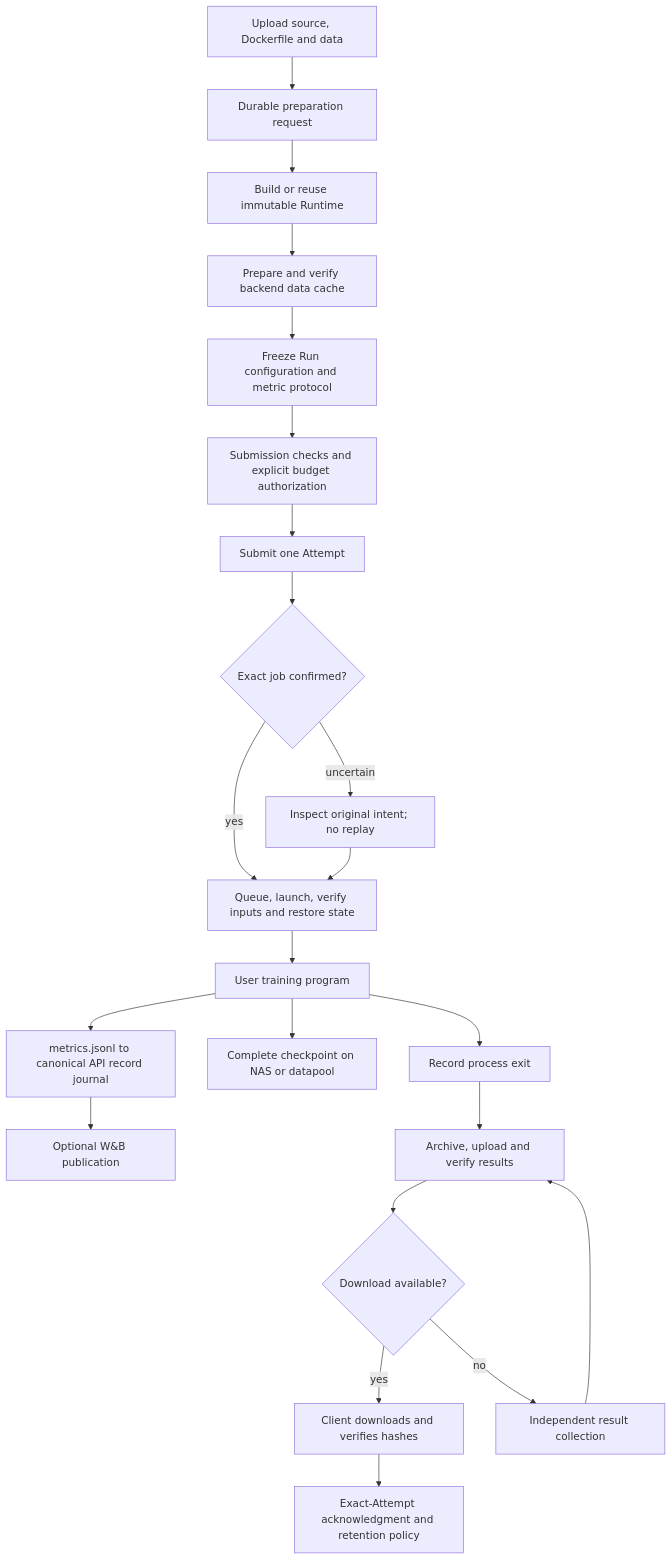
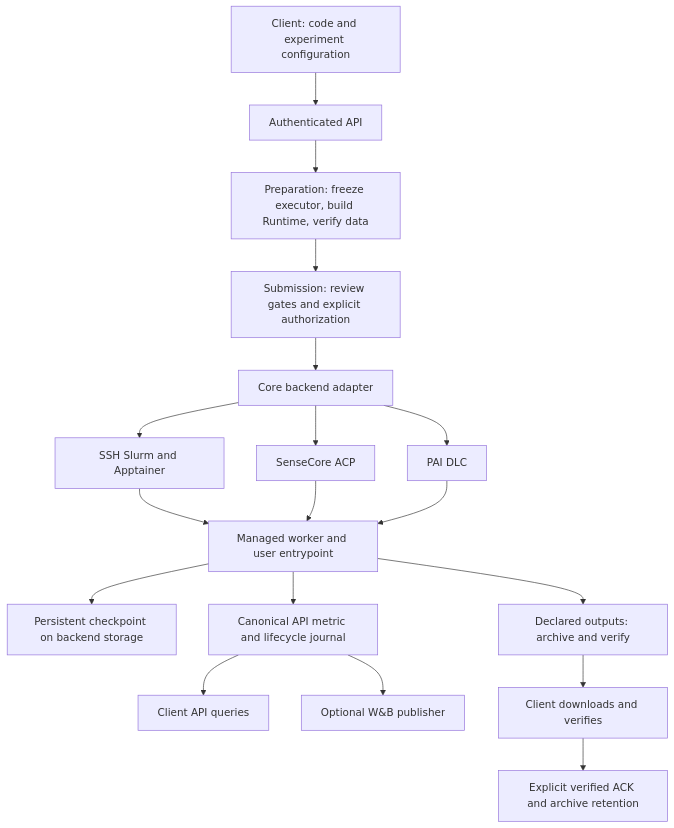
One commit to NotDesigned/ml-experiment-control changed the diagram in docs/architecture.md. Above: the diagram before and after it, drawn with Mermaid. The commit also changed other lines of this file and 33 other files, not shown here.

````diff
--- a/docs/architecture.md
+++ b/docs/architecture.md
@@ -287,24 +26,20 @@
 ```mermaid
 flowchart TD
-    Upload[Upload source, Dockerfile and data] --> Prepare[Durable preparation request]
-    Prepare --> Image[Build or reuse immutable Runtime]
-    Image --> Data[Prepare and verify backend data cache]
-    Data --> Run[Freeze Run configuration and metric protocol]
-    Run --> Review[Submission checks and explicit budget authorization]
-    Review --> Submit[Submit one Attempt]
-    Submit --> Certain{Exact job confirmed?}
-    Certain -->|yes| Worker[Queue, launch, verify inputs and restore state]
-    Certain -->|uncertain| Reconcile[Inspect original intent; no replay]
-    Reconcile --> Worker
-    Worker --> Train[User training program]
-    Train --> Metrics[metrics.jsonl to canonical API record journal]
-    Metrics --> WandB[Optional W&B publication]
-    Train --> Checkpoint[Complete checkpoint on NAS or datapool]
-    Train --> Exit[Record process exit]
-    Exit --> Archive[Archive, upload and verify results]
-    Archive --> Available{Download available?}
-    Available -->|yes| Download[Client downloads and verifies hashes]
-    Available -->|no| Recovery[Independent result collection]
-    Recovery --> Archive
-    Download --> Ack[Exact-Attempt acknowledgment and retention policy]
+    Client[Client: code and experiment configuration] --> API[Authenticated API]
+    API --> Prepare[Preparation: freeze executor, build Runtime, verify data]
+    Prepare --> Review[Submission: review gates and explicit authorization]
+    Review --> Core[Core backend adapter]
+    Core --> Slurm[SSH Slurm and Apptainer]
+    Core --> ACP[SenseCore ACP]
+    Core --> DLC[PAI DLC]
+    Slurm --> Worker[Managed worker and user entrypoint]
+    ACP --> Worker
+    DLC --> Worker
+    Worker --> State[Persistent checkpoint on backend storage]
+    Worker --> Records[Canonical API metric and lifecycle journal]
+    Records --> Query[Client API queries]
+    Records --> WandB[Optional W&B publisher]
+    Worker --> Results[Declared outputs: archive and verify]
+    Results --> Download[Client downloads and verifies]
+    Download --> Ack[Explicit verified ACK and archive retention]
 ```
````
